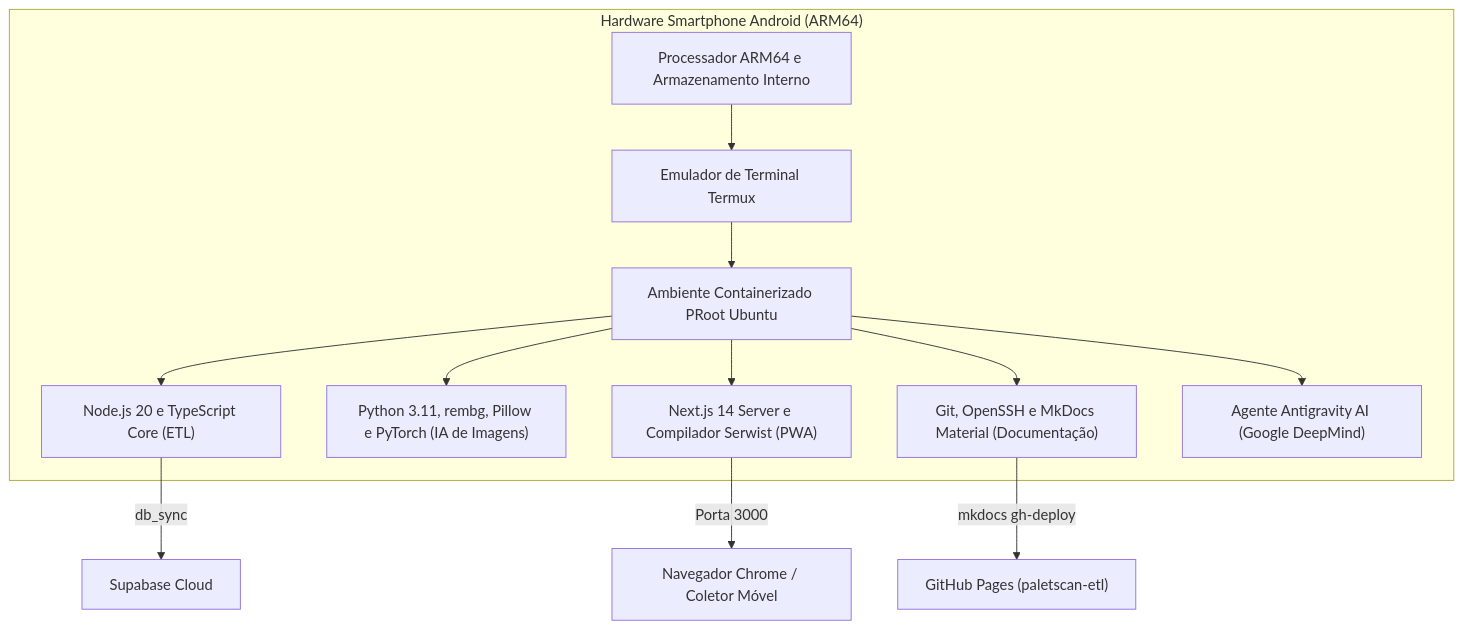
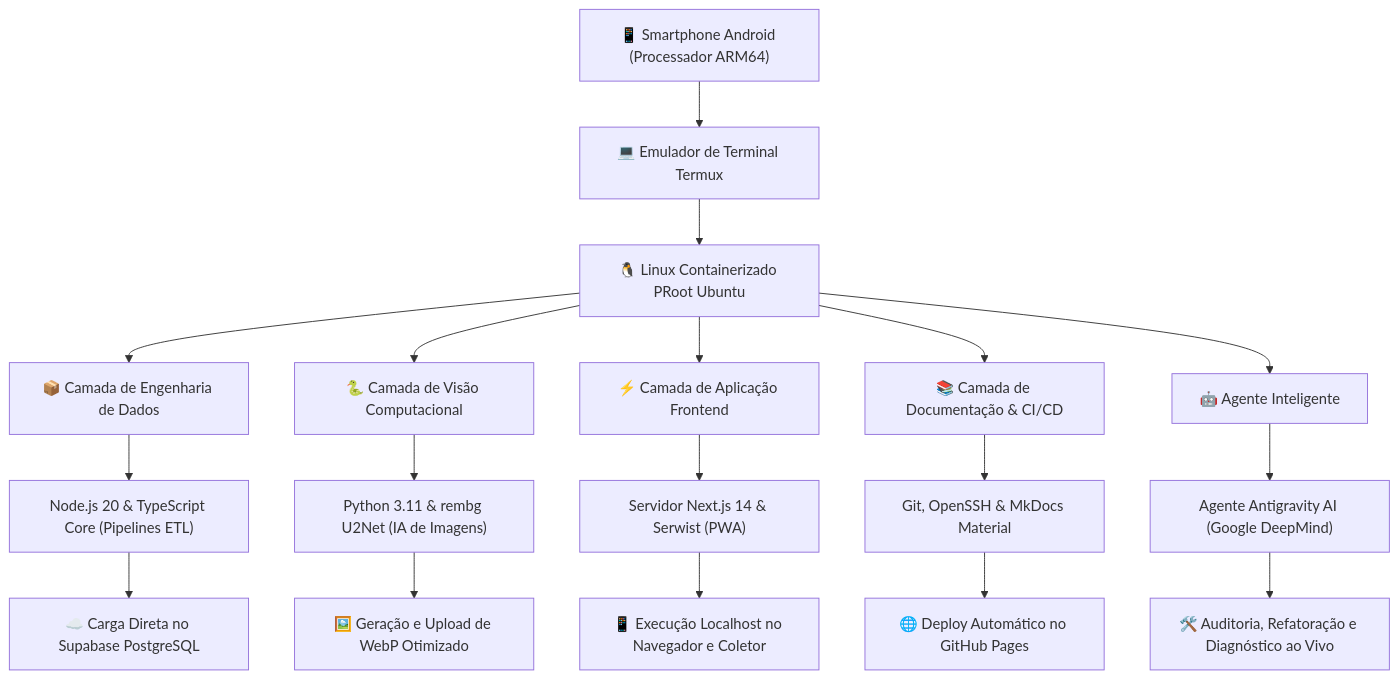
One commit to NaejBarbosa/paletscan-etl changed the diagram in docs/desenvolvimento-termux.md. Above: the diagram before and after it, drawn with Mermaid. The commit also changed other lines of this file and 9 other files, not shown here.

Commit message:
fix(docs): verticalizar diagramas com ramificacoes a direita e corrigir sintaxe Mermaid em todas as paginas

````diff
--- a/docs/desenvolvimento-termux.md
+++ b/docs/desenvolvimento-termux.md
@@ -11,17 +11,26 @@
 ```mermaid
 flowchart TD
-    subgraph Hardware ["Hardware Smartphone Android (ARM64)"]
-        A["Processador ARM64 e Armazenamento Interno"] --> B["Emulador de Terminal Termux"]
-        B --> C["Ambiente Containerizado PRoot Ubuntu"]
-        
-        C --> D["Node.js 20 e TypeScript Core (ETL)"]
-        C --> E["Python 3.11, rembg, Pillow e PyTorch (IA de Imagens)"]
-        C --> F["Next.js 14 Server e Compilador Serwist (PWA)"]
-        C --> G["Git, OpenSSH e MkDocs Material (Documentação)"]
-        C --> H["Agente Antigravity AI (Google DeepMind)"]
-    end
-    
-    F -->|Porta 3000| I["Navegador Chrome / Coletor Móvel"]
-    G -->|mkdocs gh-deploy| J["GitHub Pages (paletscan-etl)"]
-    D -->|db_sync| K["Supabase Cloud"]
+    HW["📱 Smartphone Android (Processador ARM64)"]
+    HW --> TM["💻 Emulador de Terminal Termux"]
+    TM --> UB["🐧 Linux Containerizado PRoot Ubuntu"]
+
+    UB --> L1["📦 Camada de Engenharia de Dados"]
+    L1 --> D1["Node.js 20 & TypeScript Core (Pipelines ETL)"]
+    D1 --> K1["☁️ Carga Direta no Supabase PostgreSQL"]
+
+    UB --> L2["🐍 Camada de Visão Computacional"]
+    L2 --> D2["Python 3.11 & rembg U2Net (IA de Imagens)"]
+    D2 --> K2["🖼️ Geração e Upload de WebP Otimizado"]
+
+    UB --> L3["⚡ Camada de Aplicação Frontend"]
+    L3 --> D3["Servidor Next.js 14 & Serwist (PWA)"]
+    D3 --> K3["📱 Execução Localhost no Navegador e Coletor"]
+
+    UB --> L4["📚 Camada de Documentação & CI/CD"]
+    L4 --> D4["Git, OpenSSH & MkDocs Material"]
+    D4 --> K4["🌐 Deploy Automático no GitHub Pages"]
+
+    UB --> L5["🤖 Agente Inteligente"]
+    L5 --> D5["Agente Antigravity AI (Google DeepMind)"]
+    D5 --> K5["🛠️ Auditoria, Refatoração e Diagnóstico ao Vivo"]
 ```
````
